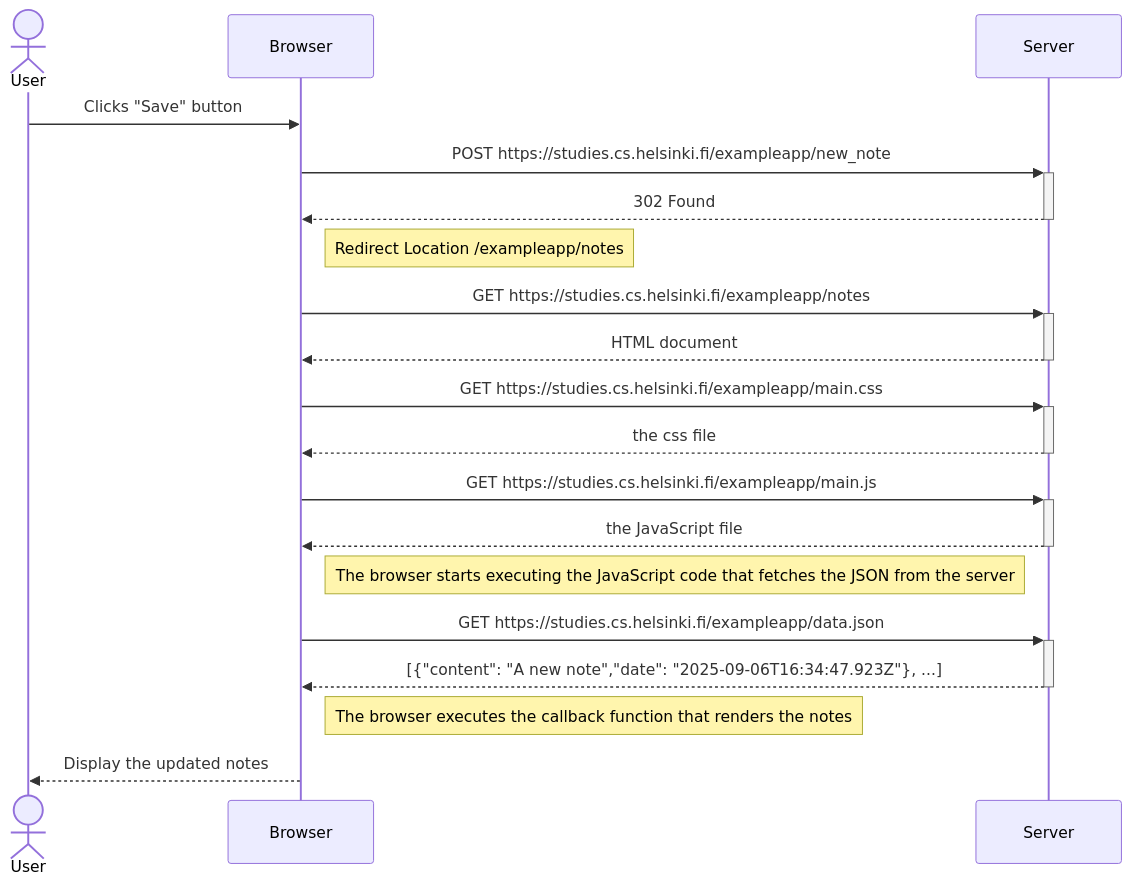
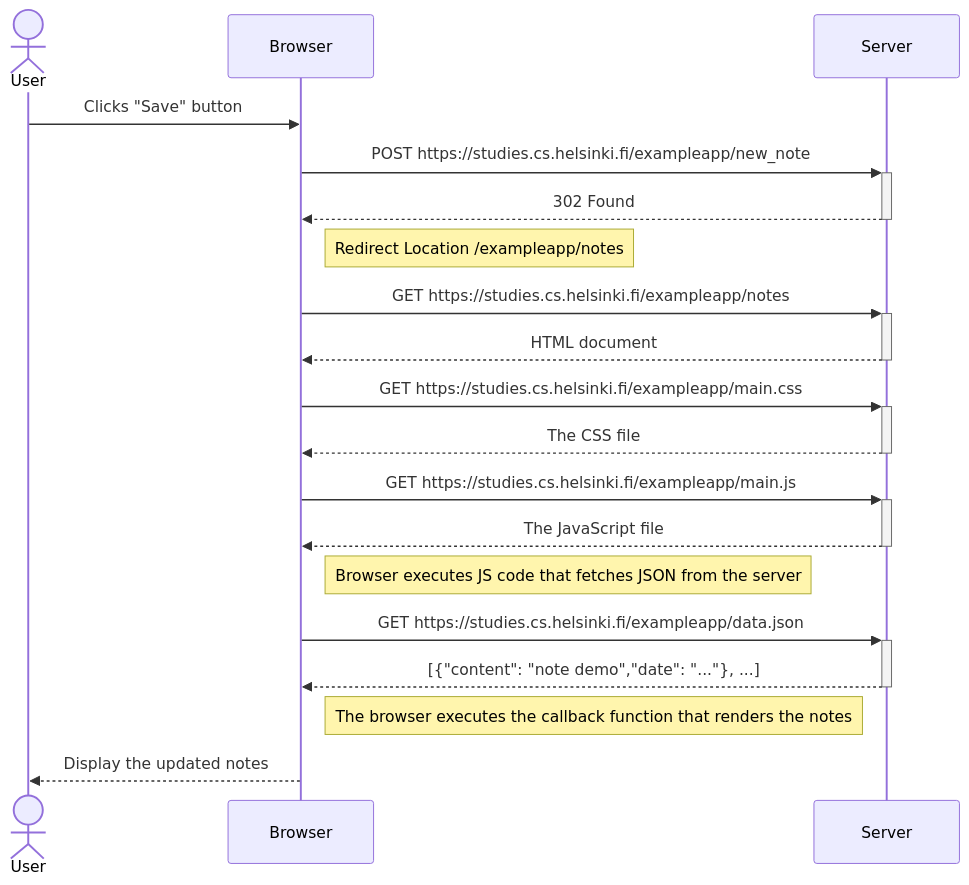
Before and after one commit to ThomasGhali/part0: the diagram in exercise0.4.md, drawn with Mermaid.

Commit message:
fix(ex0.4): fix minor grammer & syntax typos

````diff
--- a/exercise0.4.md
+++ b/exercise0.4.md
@@ -3,27 +3,27 @@
 ```mermaid
 sequenceDiagram
     actor U as User
     participant B as Browser
     participant S as Server
 
     U->>B: Clicks "Save" button
     B->>+S: POST https://studies.cs.helsinki.fi/exampleapp/new_note
     S-->>-B: 302 Found
     note right of B: Redirect Location /exampleapp/notes
     
     B->>+S: GET https://studies.cs.helsinki.fi/exampleapp/notes
     S-->>-B: HTML document
 
     B->>+S: GET https://studies.cs.helsinki.fi/exampleapp/main.css
-    S-->>-B: the css file
+    S-->>-B: The CSS file
 
     B->>+S: GET https://studies.cs.helsinki.fi/exampleapp/main.js
-    S-->>-B: the JavaScript file
-    Note right of B: The browser starts executing the JavaScript code that fetches the JSON from the server
+    S-->>-B: The JavaScript file
+    Note right of B: Browser executes JS code that fetches JSON from the server
 
     B->>+S: GET https://studies.cs.helsinki.fi/exampleapp/data.json
-    S-->>-B: [{"content": "A new note","date": "2025-09-06T16:34:47.923Z"}, ...]
+    S-->>-B: [{"content": "note demo","date": "..."}, ...]
     Note right of B: The browser executes the callback function that renders the notes
 
     B-->>U: Display the updated notes
 ```
````
